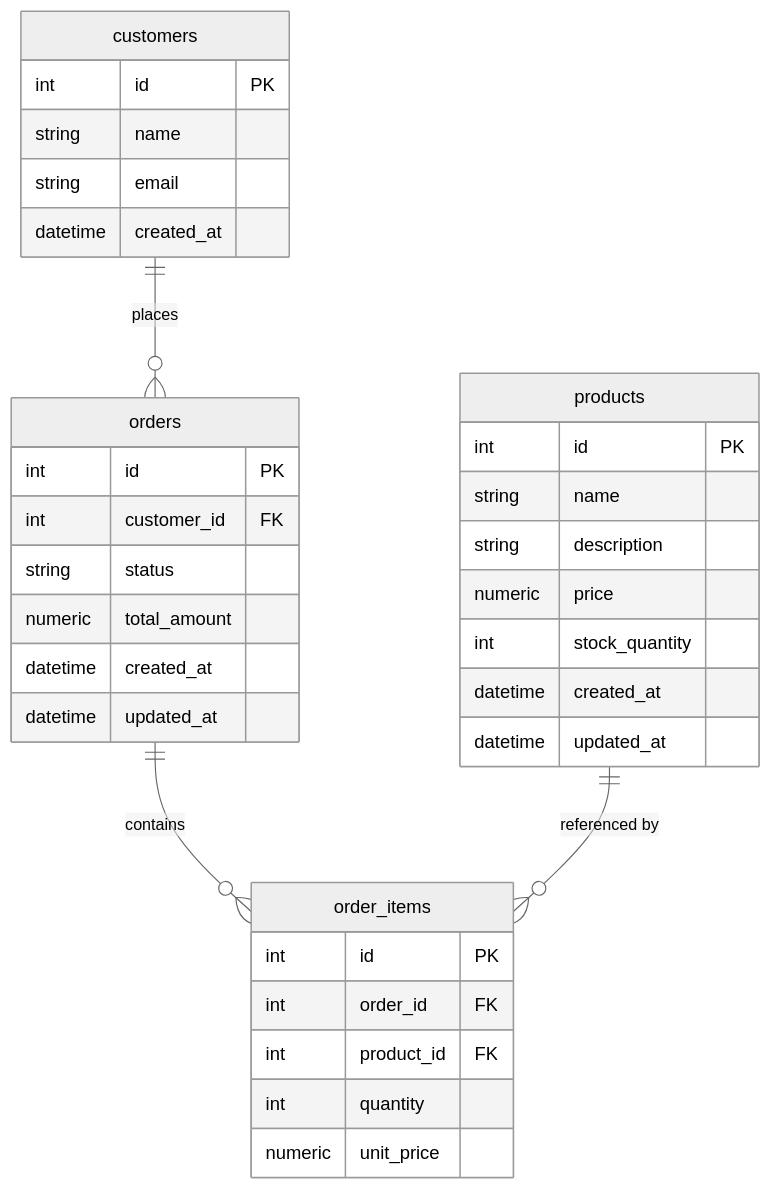
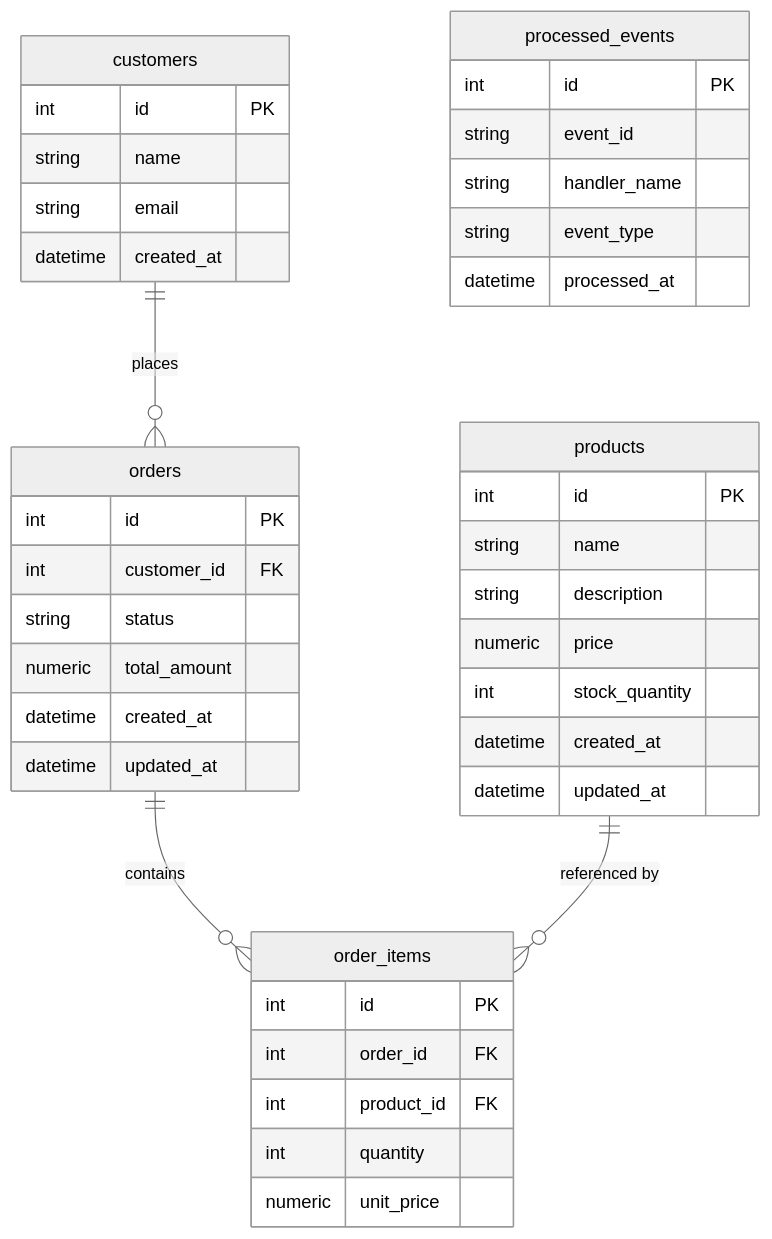
The diagram in docs/database_schema.md (thangduongvan/commerceops-ai-platform), drawn with Mermaid (neutral theme) before and after one commit. The commit also changed other lines of this file and 54 other files, not shown here.

````diff
--- a/docs/database_schema.md
+++ b/docs/database_schema.md
@@ -5,40 +5,48 @@
 ```mermaid
 erDiagram
     customers ||--o{ orders : places
     orders ||--o{ order_items : contains
     products ||--o{ order_items : "referenced by"
 
     customers {
         int id PK
         string name
         string email
         datetime created_at
     }
 
     products {
         int id PK
         string name
         string description
         numeric price
         int stock_quantity
         datetime created_at
         datetime updated_at
     }
 
     orders {
         int id PK
         int customer_id FK
         string status
         numeric total_amount
         datetime created_at
         datetime updated_at
     }
 
     order_items {
         int id PK
         int order_id FK
         int product_id FK
         int quantity
         numeric unit_price
     }
+
+    processed_events {
+        int id PK
+        string event_id
+        string handler_name
+        string event_type
+        datetime processed_at
+    }
 ```
````
